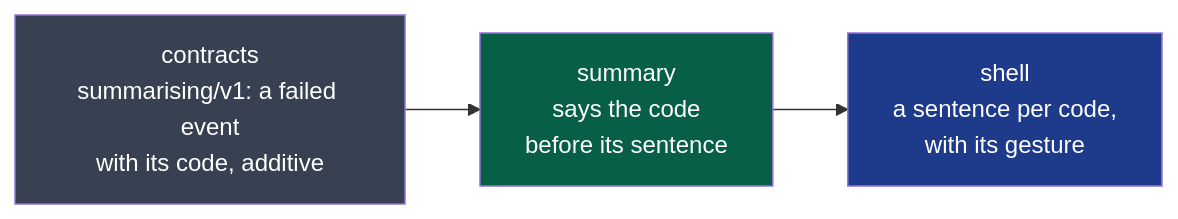
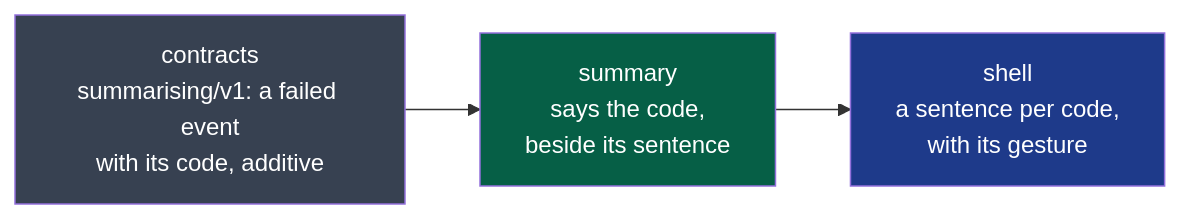
The second of 2 diagrams in docs/project/cycles/03-the-window.md (NapkinStack/wholeheard), drawn with Mermaid before and after one commit. The commit also changed other lines of this file and 1 other file, not shown here.

````diff
--- a/docs/project/cycles/03-the-window.md
+++ b/docs/project/cycles/03-the-window.md
@@ -425,8 +427,8 @@
 ```mermaid
 flowchart LR
-    C["contracts<br/>summarising/v1: a failed event<br/>with its code, additive"]:::contract --> P["summary<br/>says the code<br/>before its sentence"]:::prog
+    C["contracts<br/>summarising/v1: a failed event<br/>with its code, additive"]:::contract --> P["summary<br/>says the code,<br/>beside its sentence"]:::prog
     P --> S["shell<br/>a sentence per code,<br/>with its gesture"]:::ui
     classDef contract fill:#374151,color:#fff
     classDef prog fill:#065f46,color:#fff
     classDef ui fill:#1e3a8a,color:#fff
 ```
````
